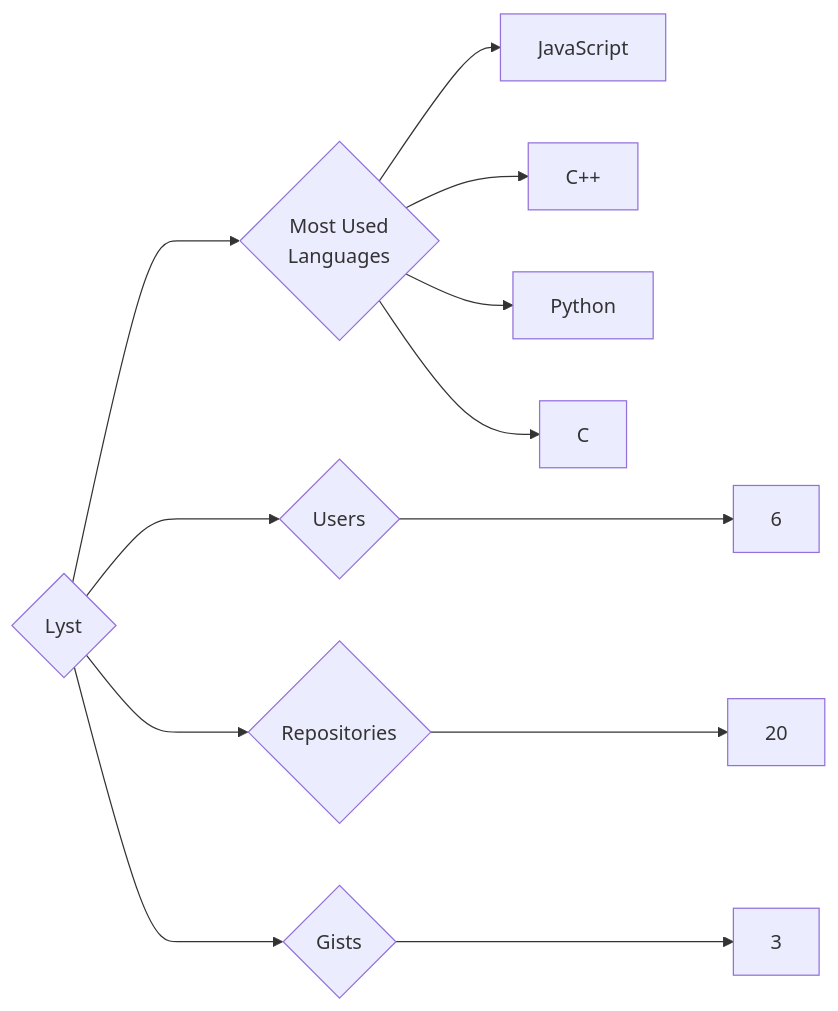
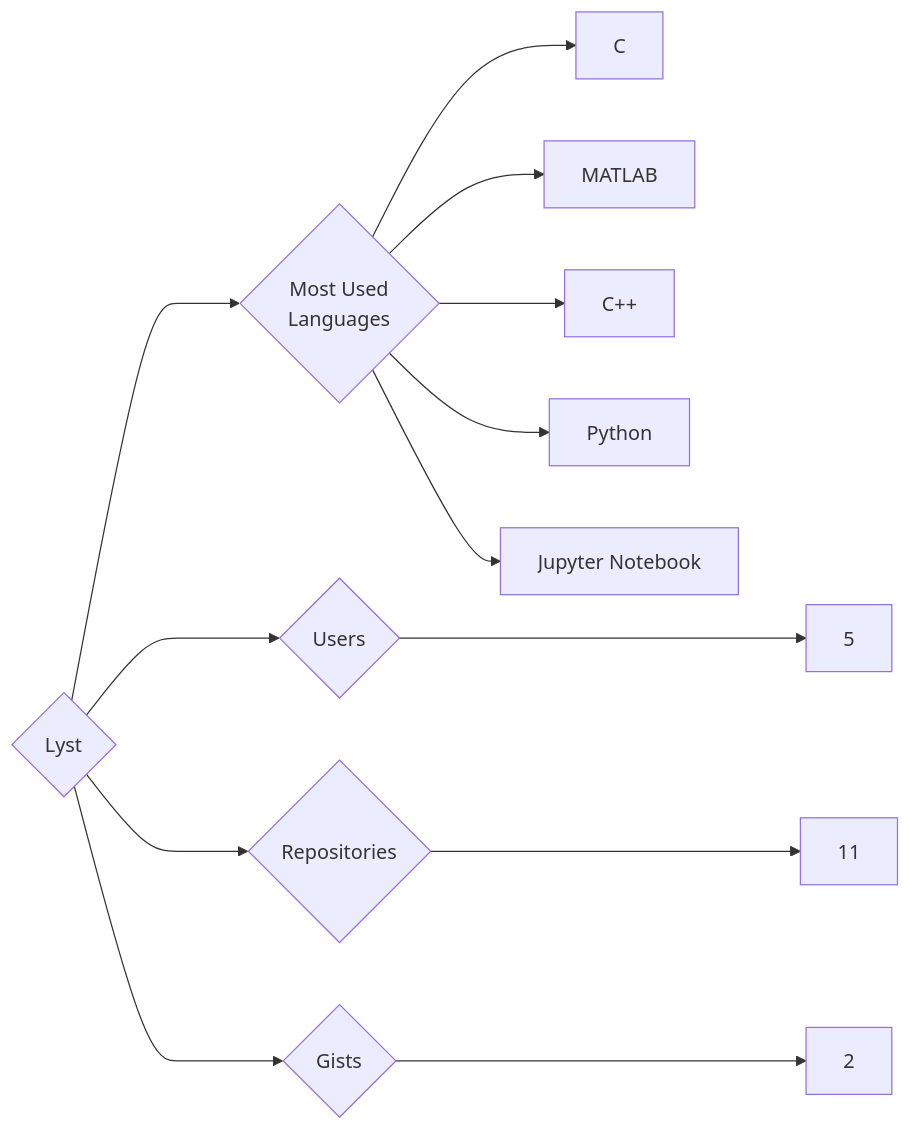
Before and after one commit to trickest/insiders: the diagram in targets/Lyst/README.md, drawn with Mermaid. The commit also changed 1479 other files, not shown here.

````diff
--- a/targets/Lyst/README.md
+++ b/targets/Lyst/README.md
@@ -3,12 +3,13 @@
 ```mermaid
 graph LR
 COMPANY_NAME{Lyst}
-COMPANY_NAME ---> U{Users} ---> UN[6]
-COMPANY_NAME ---> R{Repositories} ---> RN[20]
-COMPANY_NAME ---> G{Gists} ---> GN[3]
+COMPANY_NAME ---> U{Users} ---> UN[5]
+COMPANY_NAME ---> R{Repositories} ---> RN[11]
+COMPANY_NAME ---> G{Gists} ---> GN[2]
 COMPANY_NAME ---> ML{Most Used<br>Languages}
-ML --> JavaScript[JavaScript]
+ML --> C[C]
+ML --> MATLAB[MATLAB]
 ML --> C++[C++]
 ML --> Python[Python]
-ML --> C[C]
+ML --> Jupyter_Notebook[Jupyter Notebook]
 ```
````
